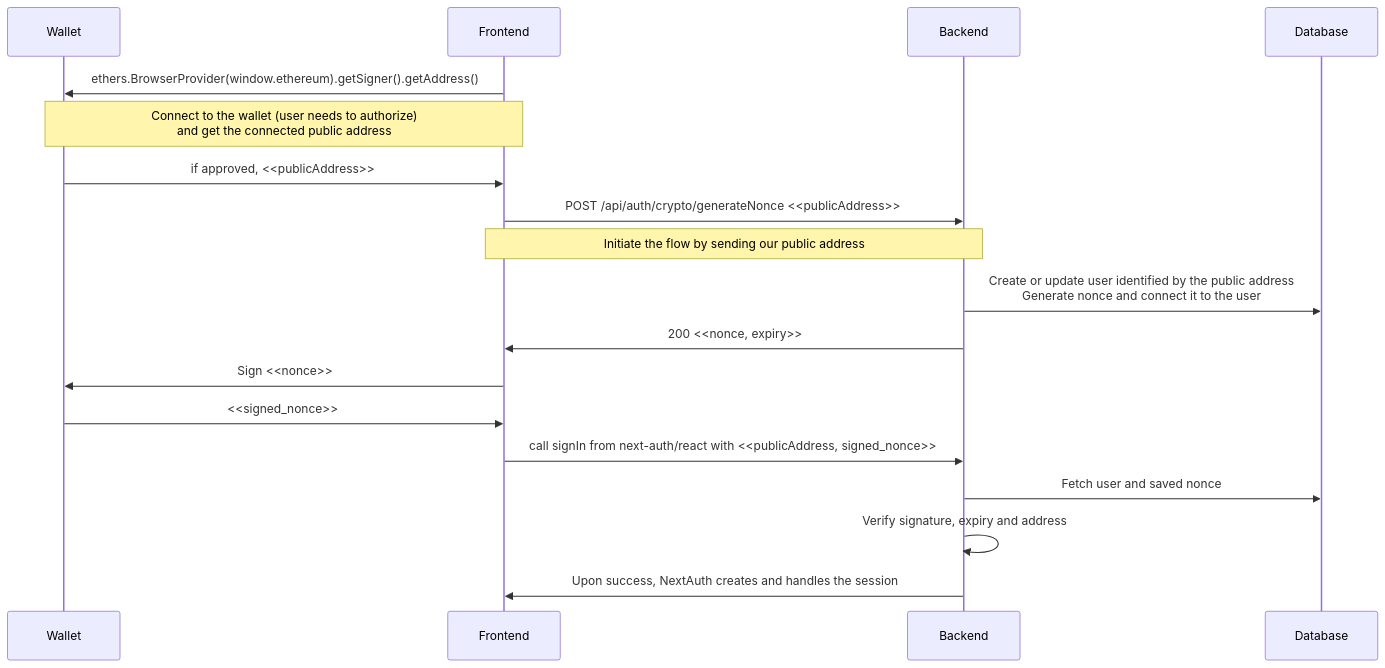
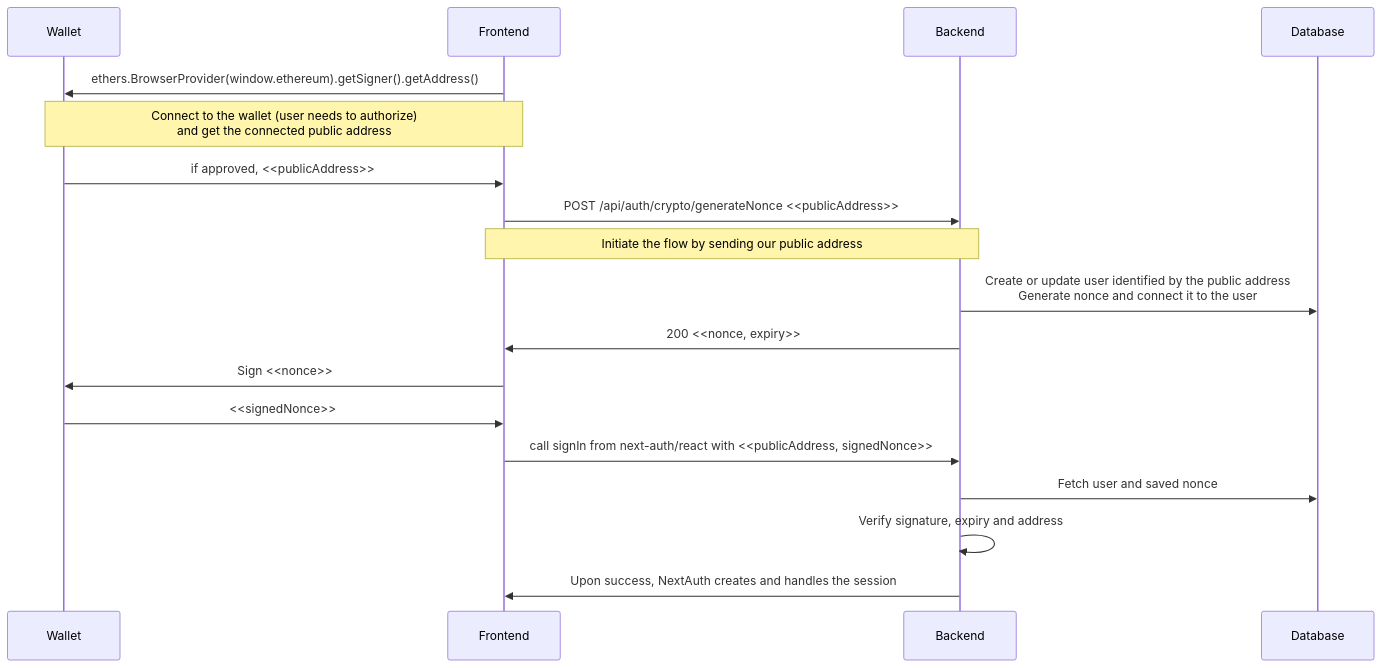
The diagram in README.md (DakaiGroup/nextjs-nextauth-metamask), drawn with Mermaid before and after one commit. The commit also changed other lines of this file and 1 other file, not shown here.

````diff
--- a/README.md
+++ b/README.md
@@ -66,20 +73,20 @@
 ```mermaid
 sequenceDiagram
   participant W as Wallet
   participant F as Frontend
   participant B as Backend
   participant D as Database
   F ->> W : ethers.BrowserProvider(window.ethereum).getSigner().getAddress()
   Note over F, W : Connect to the wallet (user needs to authorize)<br/> and get the connected public address
   W ->> F : if approved, <<publicAddress>>
   F ->> B : POST /api/auth/crypto/generateNonce <<publicAddress>>
   Note over F, B : Initiate the flow by sending our public address
   B ->> D : Create or update user identified by the public address<br/>Generate nonce and connect it to the user
   B ->> F : 200 <<nonce, expiry>>
   F ->> W : Sign <<nonce>>
-  W ->> F : <<signed_nonce>>
-  F ->> B : call signIn from next-auth/react with <<publicAddress, signed_nonce>>
+  W ->> F : <<signedNonce>>
+  F ->> B : call signIn from next-auth/react with <<publicAddress, signedNonce>>
   B ->> D : Fetch user and saved nonce
   B ->> B : Verify signature, expiry and address
   B ->> F : Upon success, NextAuth creates and handles the session
 ```
````
